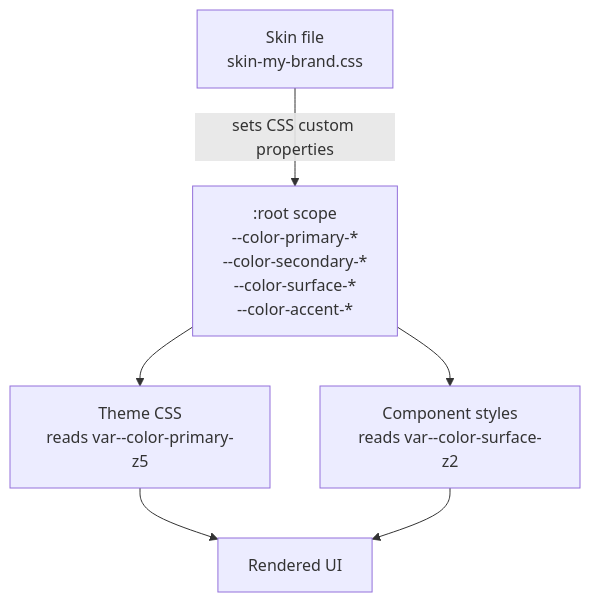
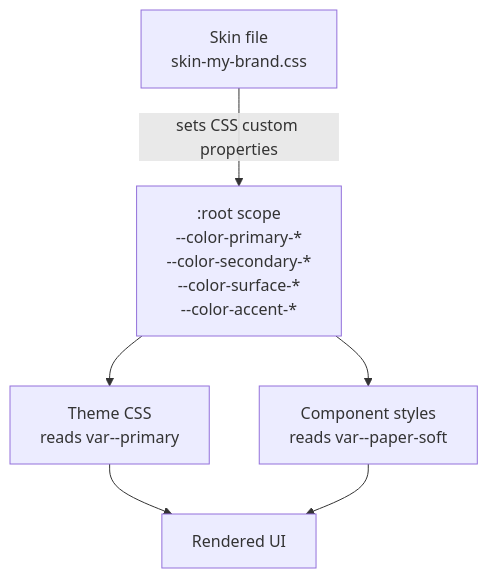
One commit to jerrythomas/rokkit changed the third of 3 diagrams in docs/design/07-tools.md. Above: the diagram before and after it, drawn with Mermaid. The commit also changed other lines of this file and 44 other files, not shown here.

````diff
--- a/docs/design/07-tools.md
+++ b/docs/design/07-tools.md
@@ -183,8 +183,8 @@
 ```mermaid
 flowchart TD
     A[Skin file\nskin-my-brand.css] -->|sets CSS custom properties| B[:root scope\n--color-primary-*\n--color-secondary-*\n--color-surface-*\n--color-accent-*]
-    B --> C[Theme CSS\nreads var--color-primary-z5]
-    B --> D[Component styles\nreads var--color-surface-z2]
+    B --> C[Theme CSS\nreads var--primary]
+    B --> D[Component styles\nreads var--paper-soft]
     C --> E[Rendered UI]
     D --> E
 ```
````
